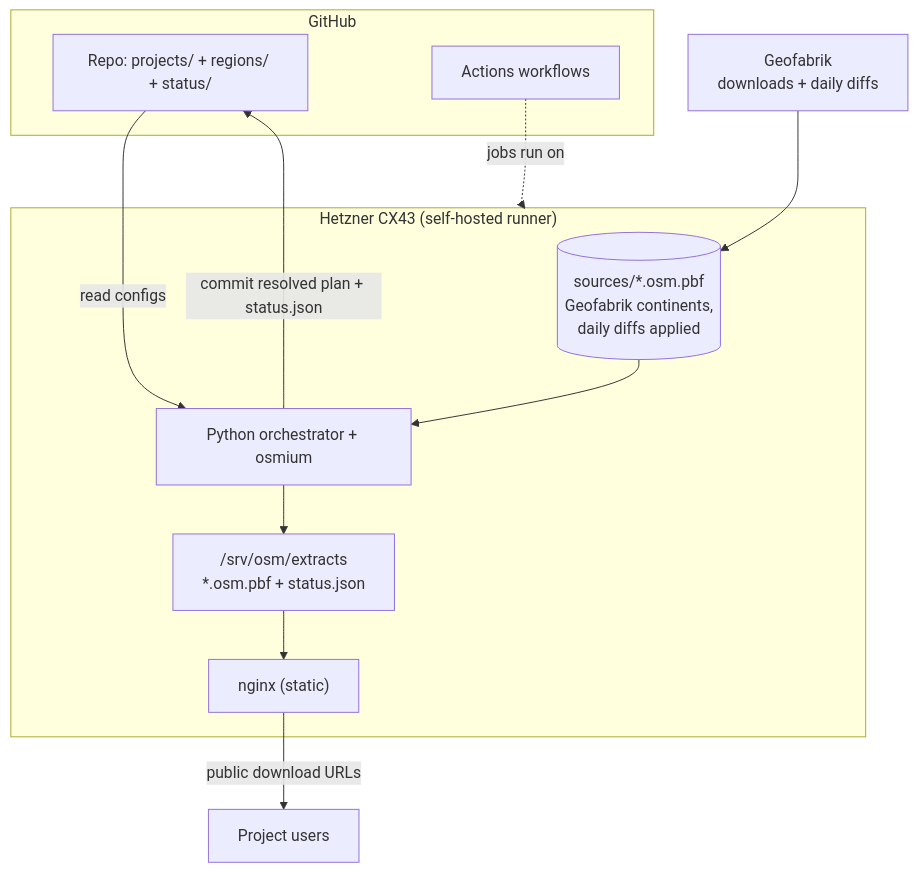
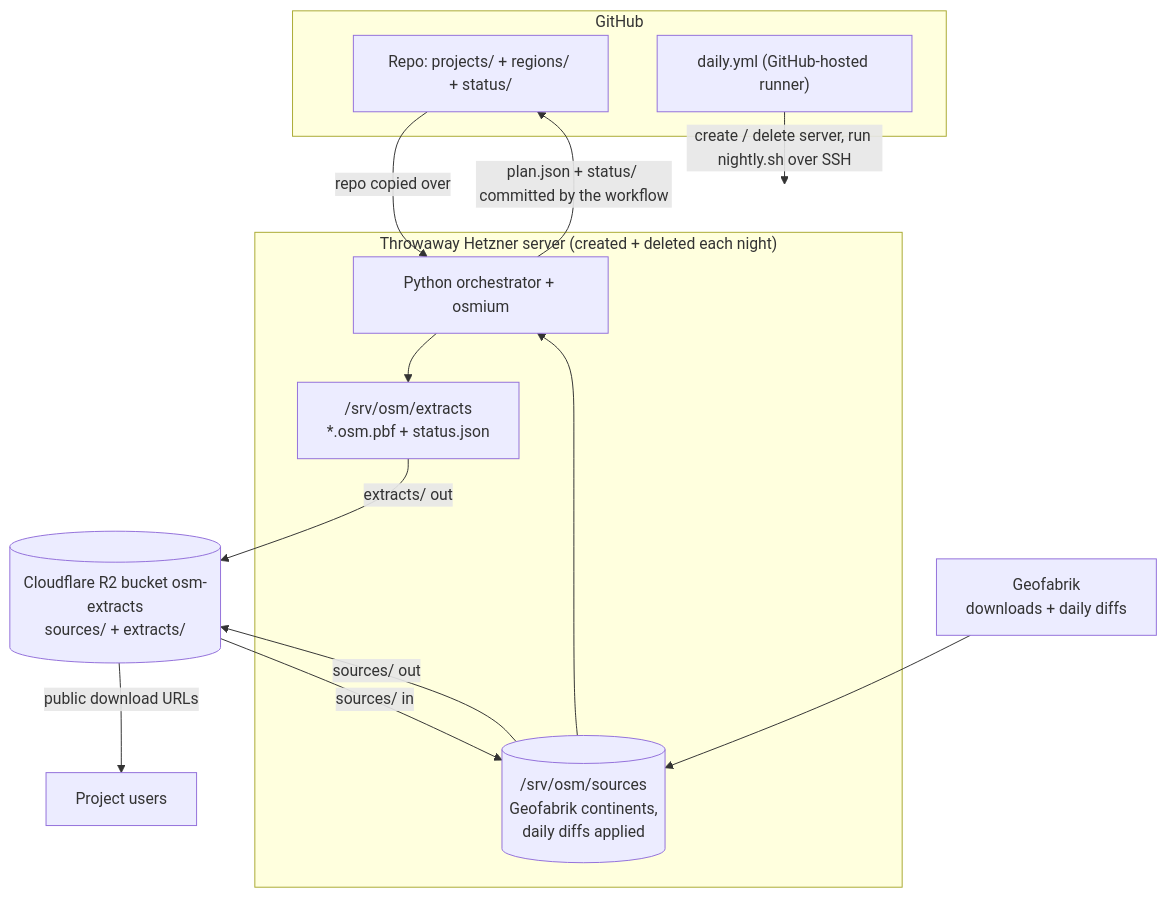
Before and after one commit to osmberlin/osm-pbf-filter-service: the diagram in PLAN.md, drawn with Mermaid. The commit also changed other lines of this file and 9 other files, not shown here.

First line of the commit message:
Docs for the nightly server + R2 model; archive old compute research

````diff
--- a/PLAN.md
+++ b/PLAN.md
@@ -82,23 +91,25 @@
 ```mermaid
 flowchart TD
   subgraph GH[GitHub]
     REPO["Repo: projects/ + regions/ + status/"]
-    WF["Actions workflows"]
+    WF["daily.yml (GitHub-hosted runner)"]
   end
 
-  subgraph SRV["Hetzner CX43 (self-hosted runner)"]
-    SRC[("sources/*.osm.pbf<br/>Geofabrik continents,<br/>daily diffs applied")]
+  subgraph SRV["Throwaway Hetzner server (created + deleted each night)"]
+    SRC[("/srv/osm/sources<br/>Geofabrik continents,<br/>daily diffs applied")]
     ORCH["Python orchestrator + osmium"]
     OUT["/srv/osm/extracts<br/>*.osm.pbf + status.json"]
-    NGINX["nginx (static)"]
   end
 
+  R2[("Cloudflare R2 bucket osm-extracts<br/>sources/ + extracts/")]
   GEO["Geofabrik<br/>downloads + daily diffs"] --> SRC
-  WF -. "jobs run on" .-> SRV
-  REPO -- "read configs" --> ORCH
+  WF -- "create / delete server, run nightly.sh over SSH" --> SRV
+  R2 -- "sources/ in" --> SRC
+  REPO -- "repo copied over" --> ORCH
   SRC --> ORCH
   ORCH --> OUT
-  OUT --> NGINX
-  NGINX -- "public download URLs" --> USERS["Project users"]
-  ORCH -- "commit resolved plan + status.json" --> REPO
+  SRC -- "sources/ out" --> R2
+  OUT -- "extracts/ out" --> R2
+  R2 -- "public download URLs" --> USERS["Project users"]
+  ORCH -- "plan.json + status/ committed by the workflow" --> REPO
 ```
````
